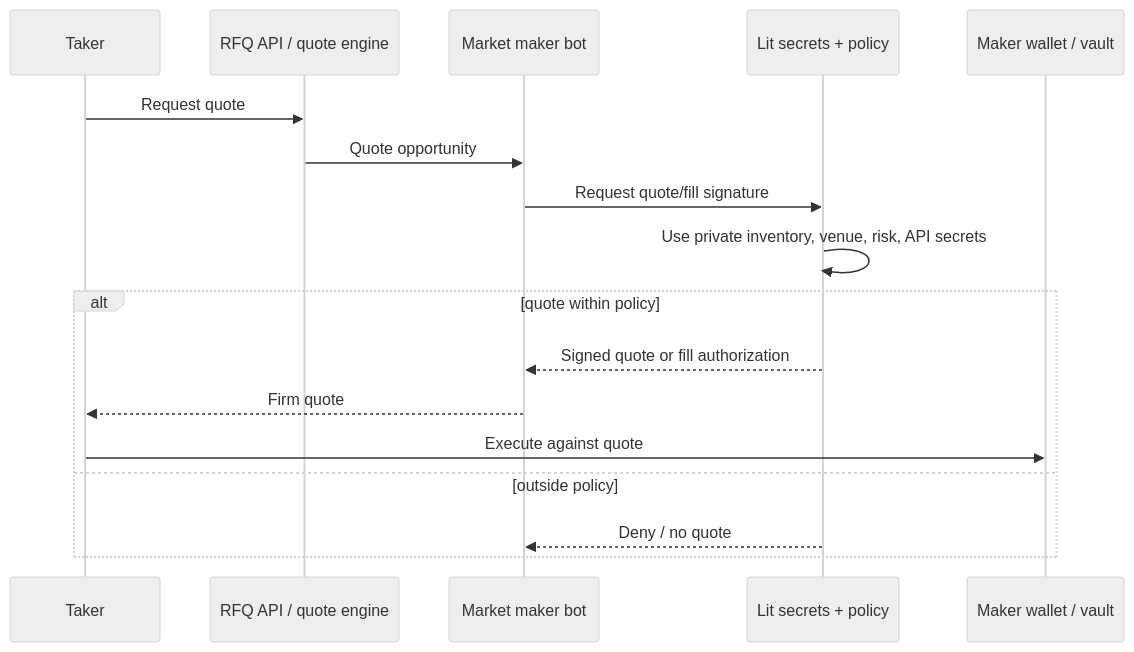
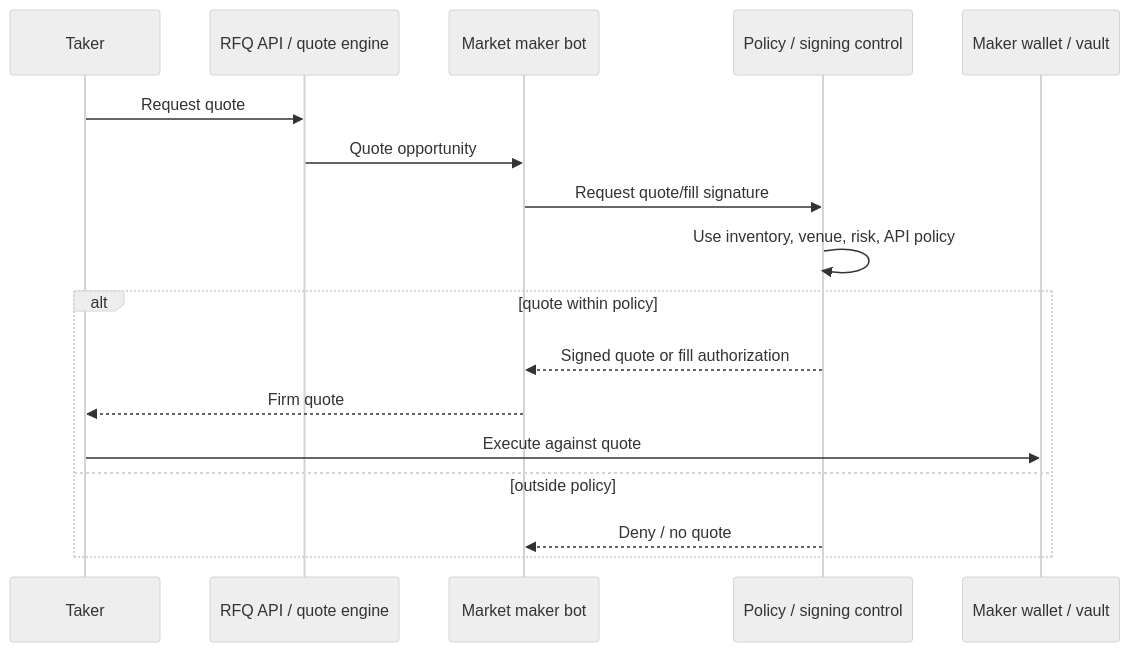
Before and after one commit to LIT-Protocol/chipotle: the fourth of 6 diagrams in plans/cross-chain-solver-report.md, drawn with Mermaid (neutral theme). The commit also changed other lines of this file, not shown here.

````diff
--- a/plans/cross-chain-solver-report.md
+++ b/plans/cross-chain-solver-report.md
@@ -431,20 +393,20 @@
 ```mermaid
 sequenceDiagram
   participant Taker
   participant API as RFQ API / quote engine
   participant MM as Market maker bot
-  participant Lit as Lit secrets + policy
+  participant Control as Policy / signing control
   participant Wallet as Maker wallet / vault
 
   Taker->>API: Request quote
   API->>MM: Quote opportunity
-  MM->>Lit: Request quote/fill signature
-  Lit->>Lit: Use private inventory, venue, risk, API secrets
+  MM->>Control: Request quote/fill signature
+  Control->>Control: Use inventory, venue, risk, API policy
   alt quote within policy
-    Lit-->>MM: Signed quote or fill authorization
+    Control-->>MM: Signed quote or fill authorization
     MM-->>Taker: Firm quote
     Taker->>Wallet: Execute against quote
   else outside policy
-    Lit-->>MM: Deny / no quote
+    Control-->>MM: Deny / no quote
   end
 ```
````
